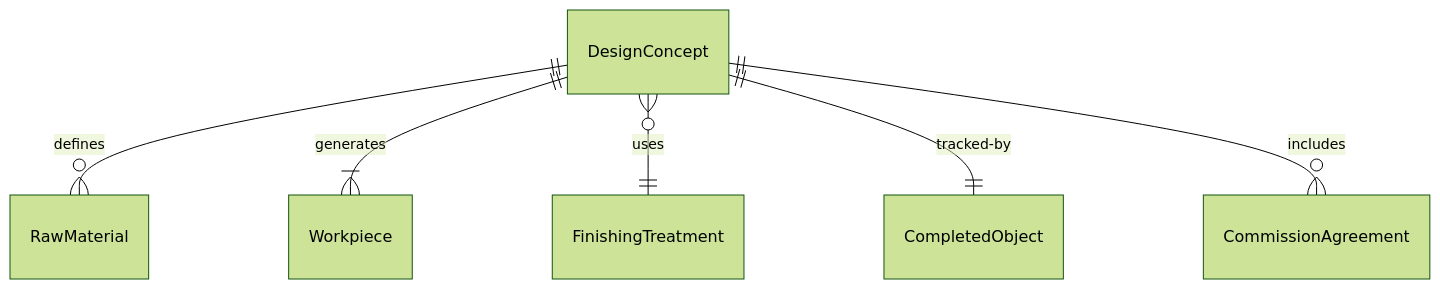
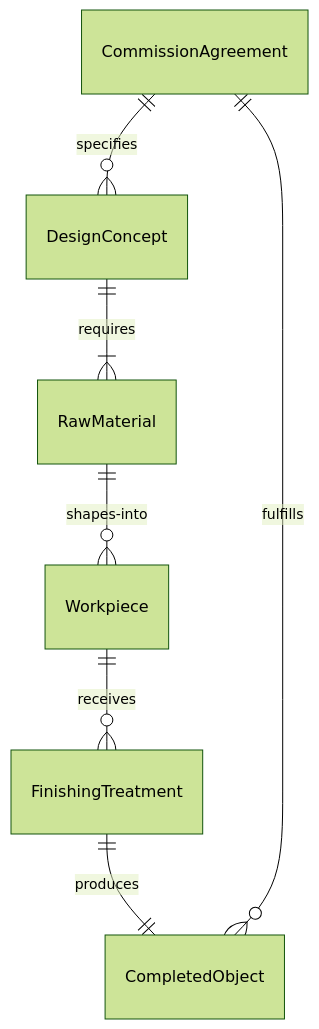
Before and after one commit to dot-org-ai/tasks.org.ai: the first of 4 diagrams in HandlingAndMovingObjects/CreateDecorativeObjectsOrPartsOfObjects/ConstructDistinctivePhysicalObjectsArtistic.mdx, drawn with Mermaid (forest theme). The commit also changed other lines of this file and 515 other files, not shown here.

````diff
--- a/HandlingAndMovingObjects/CreateDecorativeObjectsOrPartsOfObjects/ConstructDistinctivePhysicalObjectsArtistic.mdx
+++ b/HandlingAndMovingObjects/CreateDecorativeObjectsOrPartsOfObjects/ConstructDistinctivePhysicalObjectsArtistic.mdx
@@ -87,8 +87,9 @@
 ```mermaid
 erDiagram
-    DesignConcept ||--o{ RawMaterial : "defines"
-    DesignConcept ||--|{ Workpiece : "generates"
-    DesignConcept }o--|| FinishingTreatment : "uses"
-    DesignConcept ||--|| CompletedObject : "tracked-by"
-    DesignConcept ||--o{ CommissionAgreement : "includes"
+    CommissionAgreement ||--o{ DesignConcept : "specifies"
+    DesignConcept ||--|{ RawMaterial : "requires"
+    RawMaterial ||--o{ Workpiece : "shapes-into"
+    Workpiece ||--o{ FinishingTreatment : "receives"
+    FinishingTreatment ||--|| CompletedObject : "produces"
+    CompletedObject }o--|| CommissionAgreement : "fulfills"
 ```
````
